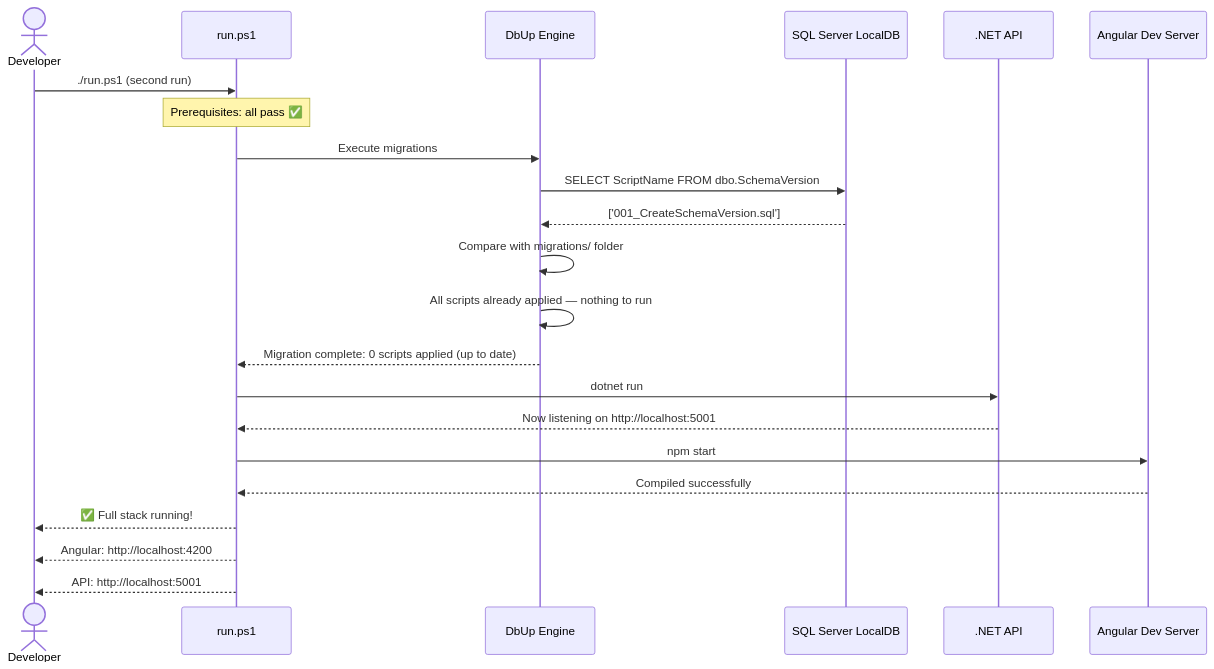
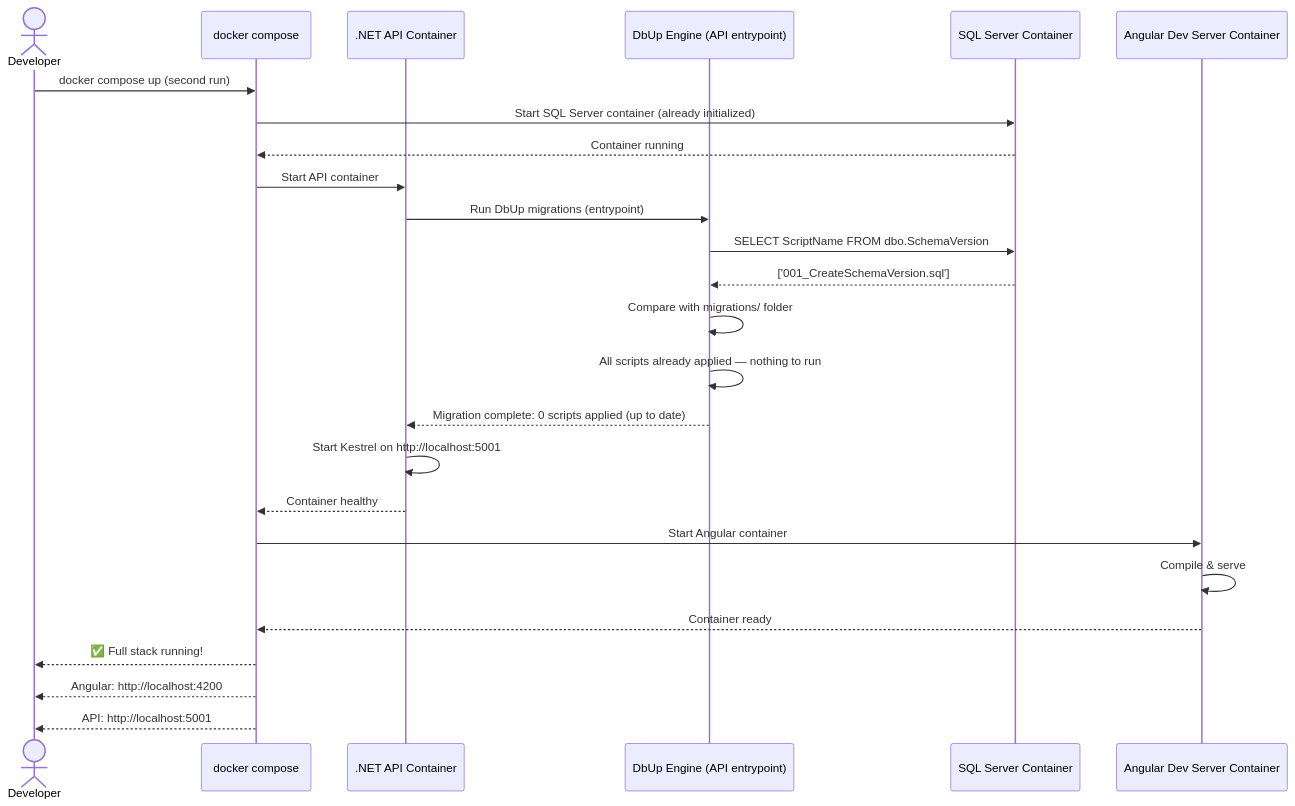
The seventh of 7 diagrams in feature-workspace/v0.1.2/02-architecture/output/sequence-diagrams.md (tumuchcoffee/icm-coding-workflow), drawn with Mermaid before and after one commit. The commit also changed other lines of this file and 32 other files, not shown here.

````diff
--- a/feature-workspace/v0.1.2/02-architecture/output/sequence-diagrams.md
+++ b/feature-workspace/v0.1.2/02-architecture/output/sequence-diagrams.md
@@ -229,30 +217,32 @@
 ```mermaid
 sequenceDiagram
     actor Dev as Developer
-    participant Script as run.ps1
-    participant DbUp as DbUp Engine
-    participant SQL as SQL Server LocalDB
-    participant API as .NET API
-    participant Angular as Angular Dev Server
+    participant Docker as docker compose
+    participant API as .NET API Container
+    participant DbUp as DbUp Engine (API entrypoint)
+    participant SQL as SQL Server Container
+    participant Angular as Angular Dev Server Container
 
-    Dev->>Script: ./run.ps1 (second run)
+    Dev->>Docker: docker compose up (second run)
 
-    Note over Script: Prerequisites: all pass ✅
+    Docker->>SQL: Start SQL Server container (already initialized)
+    SQL-->>Docker: Container running
 
-    Script->>DbUp: Execute migrations
+    Docker->>API: Start API container
+    API->>DbUp: Run DbUp migrations (entrypoint)
     DbUp->>SQL: SELECT ScriptName FROM dbo.SchemaVersion
     SQL-->>DbUp: ['001_CreateSchemaVersion.sql']
     DbUp->>DbUp: Compare with migrations/ folder
     DbUp->>DbUp: All scripts already applied — nothing to run
-    DbUp-->>Script: Migration complete: 0 scripts applied (up to date)
+    DbUp-->>API: Migration complete: 0 scripts applied (up to date)
+    API->>API: Start Kestrel on http://localhost:5001
+    API-->>Docker: Container healthy
 
-    Script->>API: dotnet run
-    API-->>Script: Now listening on http://localhost:5001
+    Docker->>Angular: Start Angular container
+    Angular->>Angular: Compile & serve
+    Angular-->>Docker: Container ready
 
-    Script->>Angular: npm start
-    Angular-->>Script: Compiled successfully
-
-    Script-->>Dev: ✅ Full stack running!
-    Script-->>Dev: Angular: http://localhost:4200
-    Script-->>Dev: API:     http://localhost:5001
+    Docker-->>Dev: ✅ Full stack running!
+    Docker-->>Dev: Angular: http://localhost:4200
+    Docker-->>Dev: API:     http://localhost:5001
 ```
````
